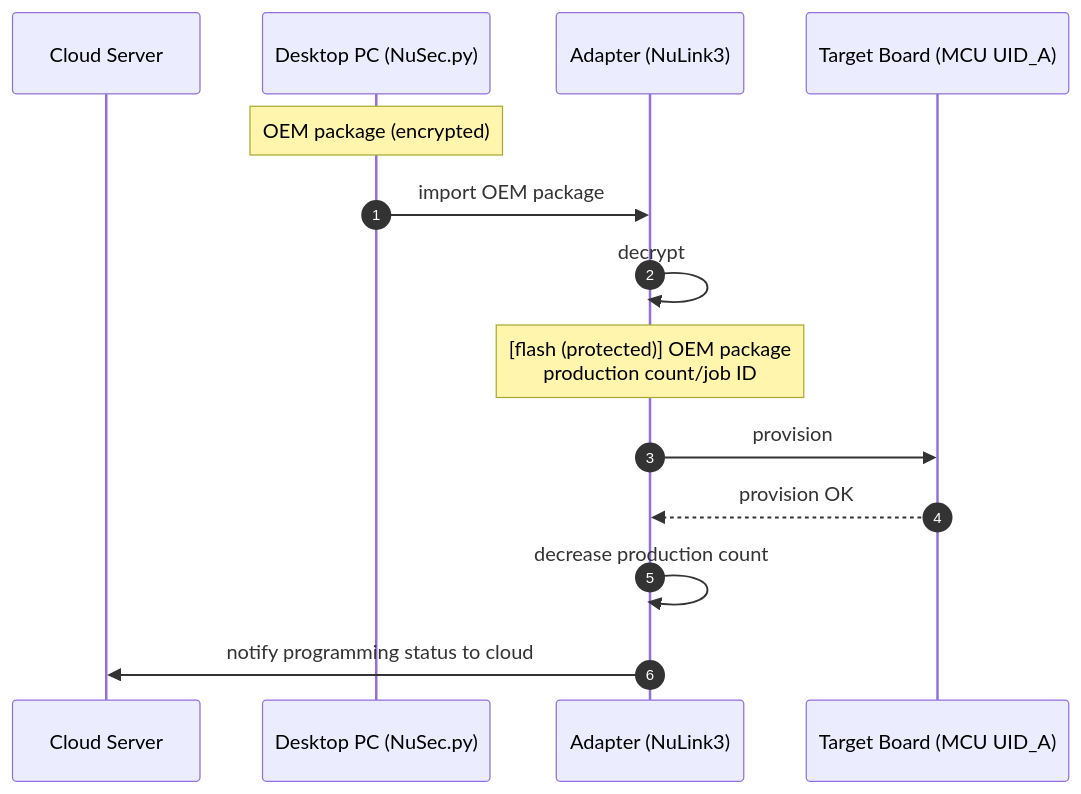
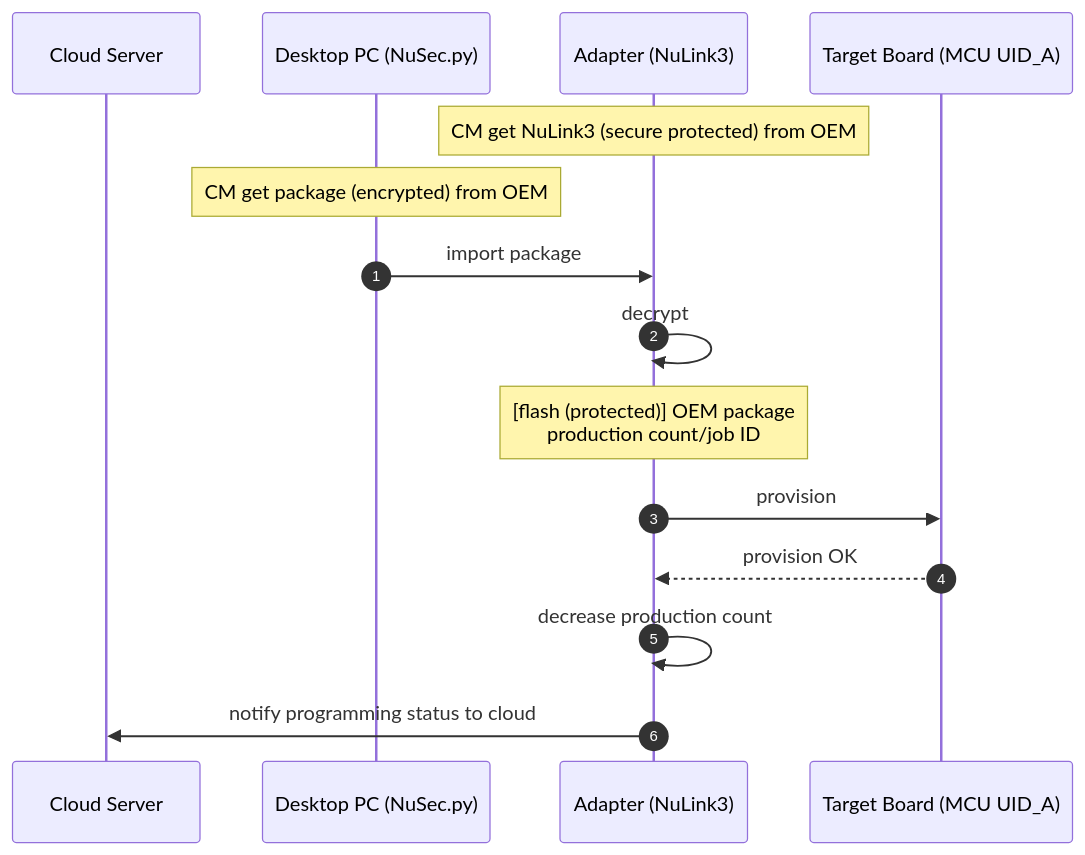
One commit to ccma1120/NuSEC_System changed the diagram in 3. package_import.md. Above: the diagram before and after it, drawn with Mermaid.

Commit message:
Update 3. package_import.md

````diff
--- a/3. package_import.md
+++ b/3. package_import.md
@@ -3,16 +3,17 @@
 ```mermaid
 sequenceDiagram
     autonumber
 	participant c as Cloud Server
 	participant d as Desktop PC (NuSec.py)
 	participant a as Adapter (NuLink3)
 	participant t as Target Board (MCU UID_A)
-    note over d: OEM package (encrypted)
-    d ->> a: import OEM package
+    note over a: CM get NuLink3 (secure protected) from OEM
+    note over d: CM get package (encrypted) from OEM
+    d ->> a: import package
     a ->> a: decrypt
     note over a: [flash (protected)] OEM package <br/>production count/job ID
     a ->> t: provision
     t-->> a: provision OK
     a ->> a: decrease production count
     a ->> c: notify programming status to cloud
 ```
````
